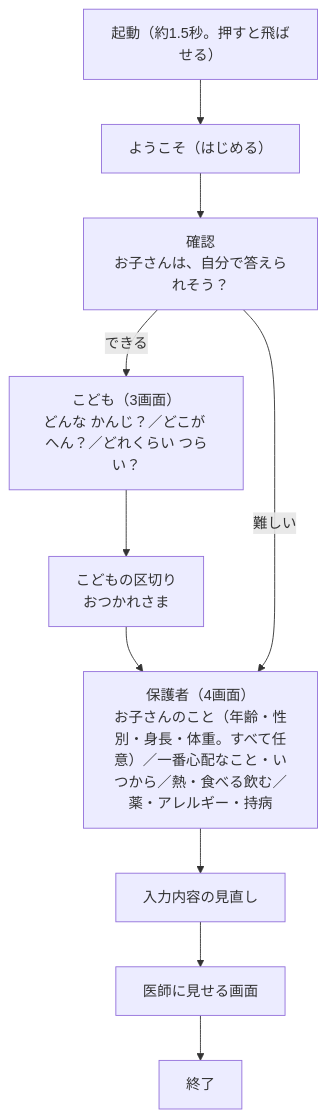
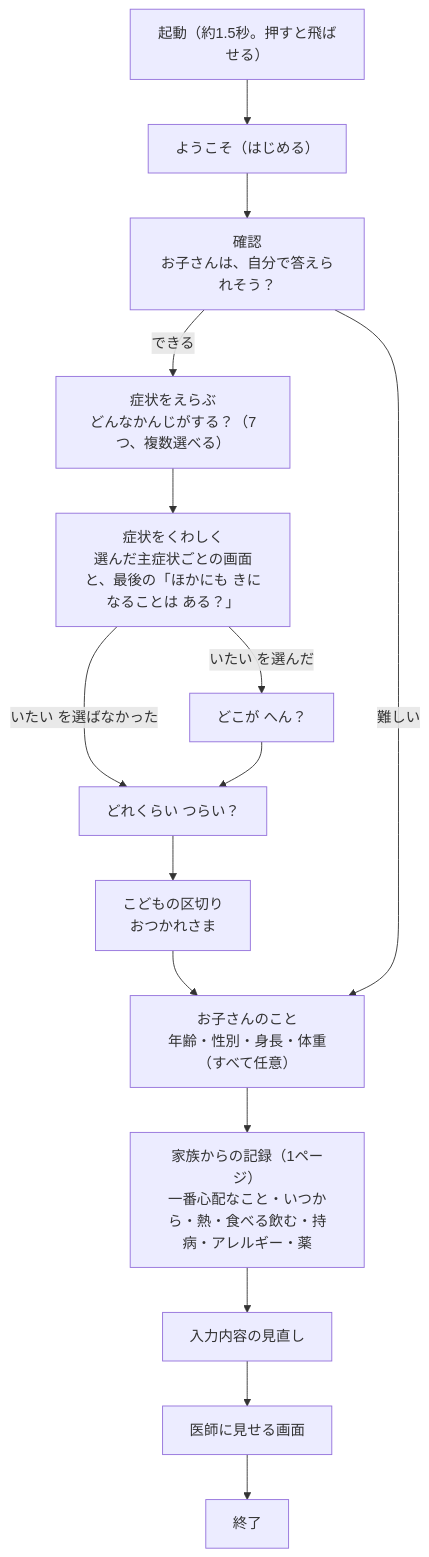
One commit to Devfest-Hackathon-2026/df-2026-t188 changed the first of 2 diagrams in README.md. Above: the diagram before and after it, drawn with Mermaid. The commit also changed other lines of this file and 8 other files, not shown here.

````diff
--- a/README.md
+++ b/README.md
@@ -26,12 +29,17 @@
 ```mermaid
 flowchart TD
   S["起動（約1.5秒。押すと飛ばせる）"] --> A["ようこそ（はじめる）"]
   A --> B["確認<br/>お子さんは、自分で答えられそう？"]
-  B -- "できる" --> C["こども（3画面）<br/>どんな かんじ？／どこが へん？／どれくらい つらい？"]
-  C --> K["こどもの区切り<br/>おつかれさま"]
-  K --> D
-  B -- "難しい" --> D["保護者（4画面）<br/>お子さんのこと（年齢・性別・身長・体重。すべて任意）／一番心配なこと・いつから／熱・食べる飲む／薬・アレルギー・持病"]
-  D --> E["入力内容の見直し"]
+  B -- "できる" --> C1["症状をえらぶ<br/>どんなかんじがする？（7つ、複数選べる）"]
+  C1 --> C2["症状をくわしく<br/>選んだ主症状ごとの画面と、最後の「ほかにも きになることは ある？」"]
+  C2 -- "いたい を選んだ" --> C3["どこが へん？"]
+  C2 -- "いたい を選ばなかった" --> C4
+  C3 --> C4["どれくらい つらい？"]
+  C4 --> K["こどもの区切り<br/>おつかれさま"]
+  K --> D1
+  B -- "難しい" --> D1["お子さんのこと<br/>年齢・性別・身長・体重（すべて任意）"]
+  D1 --> D2["家族からの記録（1ページ）<br/>一番心配なこと・いつから・熱・食べる飲む・持病・アレルギー・薬"]
+  D2 --> E["入力内容の見直し"]
   E --> F["医師に見せる画面"]
   F --> G["終了"]
 ```
````
